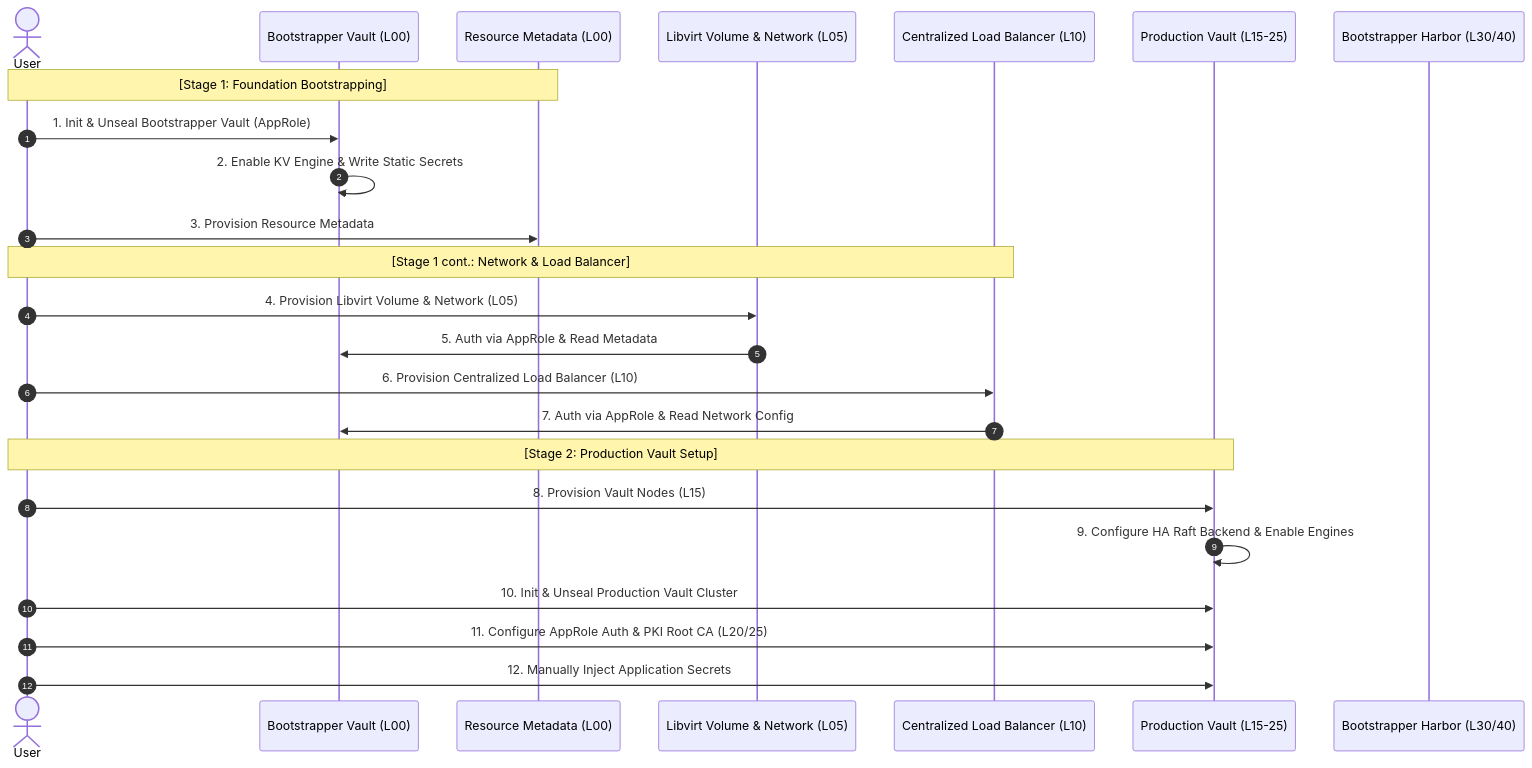
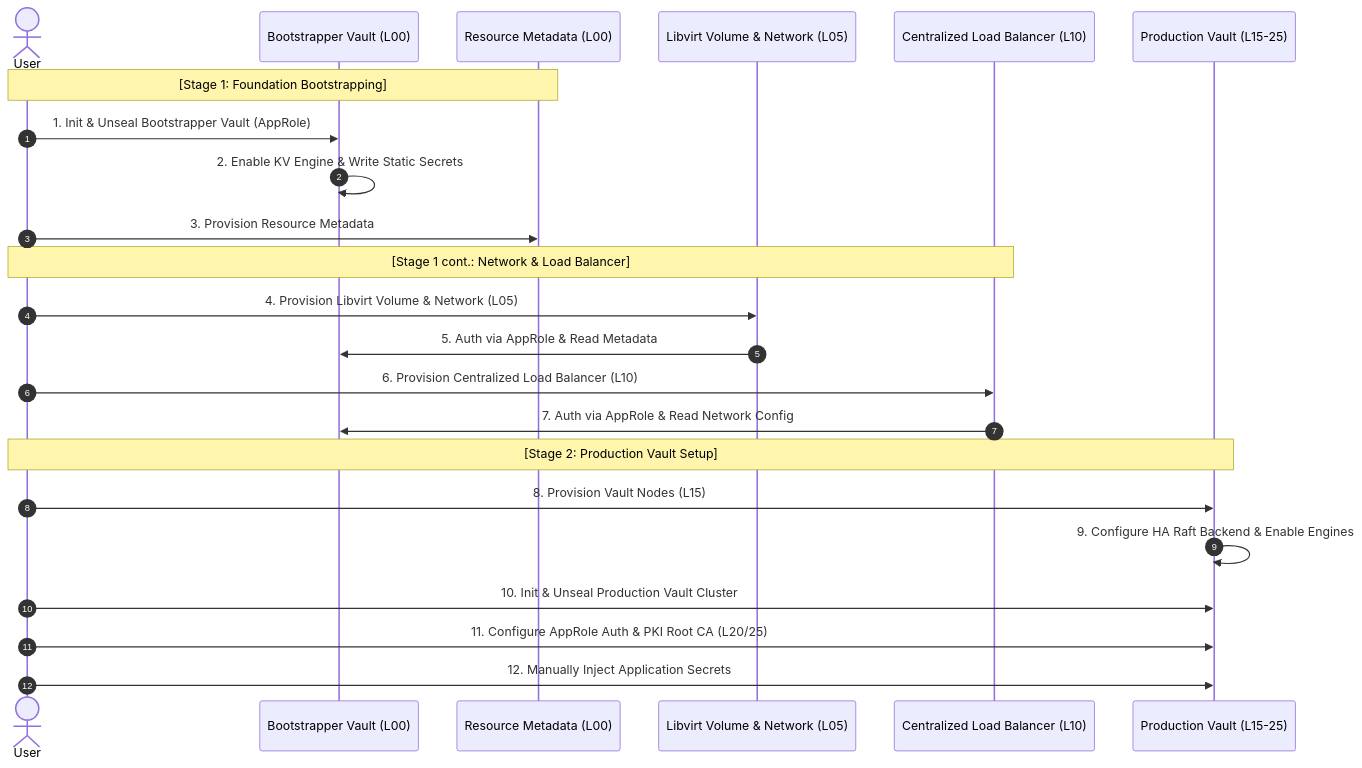
One commit to csning1998/on-premise-gitlab-deployment changed the first of 2 diagrams in README-zh-TW.md. Above: the diagram before and after it, drawn with Mermaid. The commit also changed other lines of this file and 3 other files, not shown here.

First line of the commit message:
docs(readme): synchronize infrastructure roadmap and unify vault nomenclature

````diff
--- a/README-zh-TW.md
+++ b/README-zh-TW.md
@@ -782,29 +784,28 @@
     ```mermaid
     sequenceDiagram
         autonumber
         actor User
         participant Boot as Bootstrapper Vault (L00)
         participant Meta as Resource Metadata (L00)
         participant LV as Libvirt Volume & Network (L05)
         participant LB as Centralized Load Balancer (L10)
         participant Prod as Production Vault (L15-25)
-        participant Harbor as Bootstrapper Harbor (L30/40)
 
         Note over User, Meta: [Stage 1: Foundation Bootstrapping]
         User->>Boot: 1. Init & Unseal Bootstrapper Vault (AppRole)
         Boot->>Boot: 2. Enable KV Engine & Write Static Secrets
         User->>Meta: 3. Provision Resource Metadata
 
         Note over User, LB: [Stage 1 cont.: Network & Load Balancer]
         User->>LV: 4. Provision Libvirt Volume & Network (L05)
         LV->>Boot: 5. Auth via AppRole & Read Metadata
         User->>LB: 6. Provision Centralized Load Balancer (L10)
         LB->>Boot: 7. Auth via AppRole & Read Network Config
 
         Note over User, Prod: [Stage 2: Production Vault Setup]
         User->>Prod: 8. Provision Vault Nodes (L15)
         Prod->>Prod: 9. Configure HA Raft Backend & Enable Engines
         User->>Prod: 10. Init & Unseal Production Vault Cluster
         User->>Prod: 11. Configure AppRole Auth & PKI Root CA (L20/25)
         User->>Prod: 12. Manually Inject Application Secrets
     ```
````
